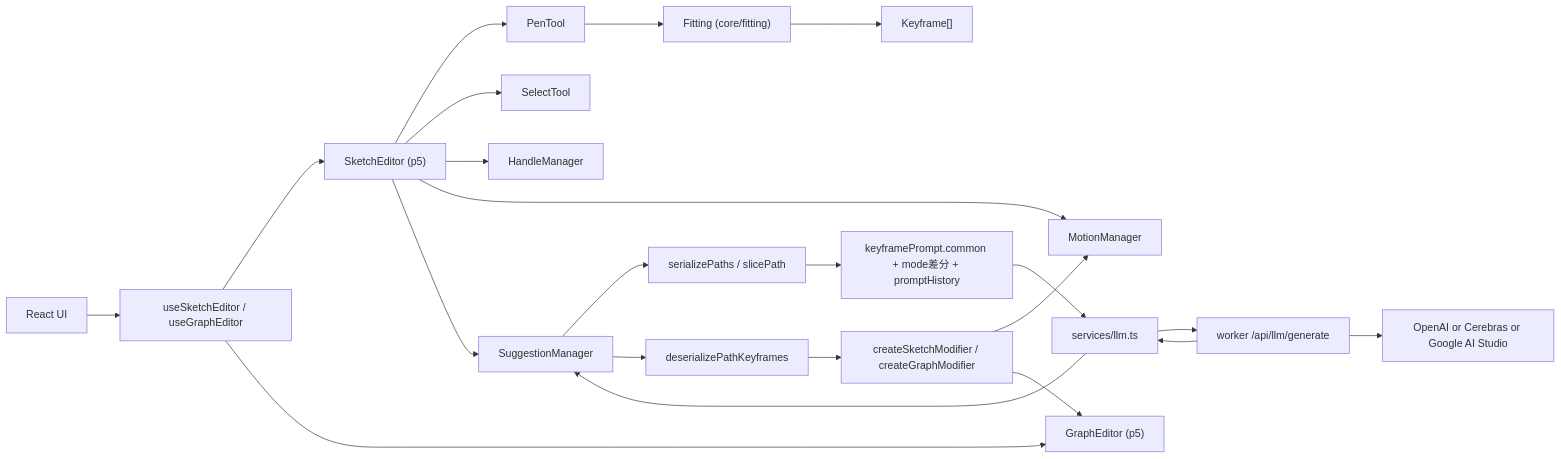
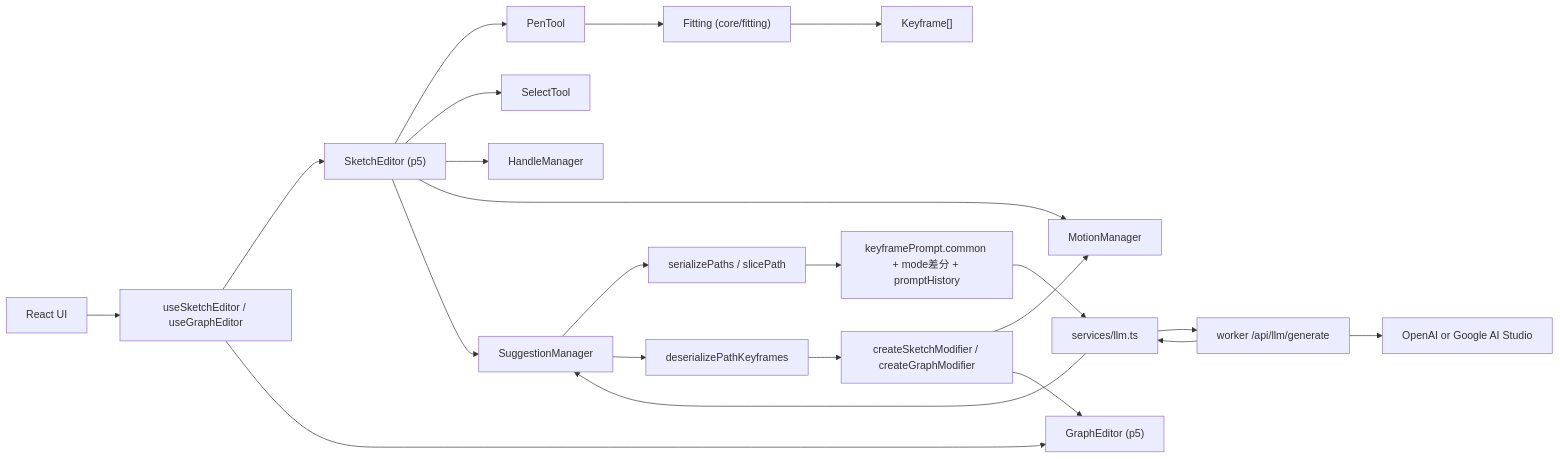
One commit to PMGWork/mophrase changed the diagram in docs/architecture.md. Above: the diagram before and after it, drawn with Mermaid. The commit also changed other lines of this file and 40 other files, not shown here.

````diff
--- a/docs/architecture.md
+++ b/docs/architecture.md
@@ -29,28 +29,28 @@
 ```mermaid
 flowchart LR
   UI["React UI"] --> Hooks["useSketchEditor / useGraphEditor"]
   Hooks --> Sketch["SketchEditor (p5)"]
   Hooks --> Graph["GraphEditor (p5)"]
 
   Sketch --> Pen["PenTool"]
   Sketch --> Select["SelectTool"]
   Sketch --> Handle["HandleManager"]
   Sketch --> Motion["MotionManager"]
   Sketch --> Suggestion["SuggestionManager"]
 
   Pen --> Fitting["Fitting (core/fitting)"]
   Fitting --> Keyframe["Keyframe[]"]
 
   Suggestion --> Serialize["serializePaths / slicePath"]
   Serialize --> Prompt["keyframePrompt.common + mode差分 + promptHistory"]
   Prompt --> LLMClient["services/llm.ts"]
   LLMClient --> Worker["worker /api/llm/generate"]
-  Worker --> Provider["OpenAI or Cerebras or Google AI Studio"]
+  Worker --> Provider["OpenAI or Google AI Studio"]
   Worker --> LLMClient
   LLMClient --> Suggestion
 
   Suggestion --> Deserialize["deserializePathKeyframes"]
   Deserialize --> Modifier["createSketchModifier / createGraphModifier"]
   Modifier --> Motion
   Modifier --> Graph
 ```
````
